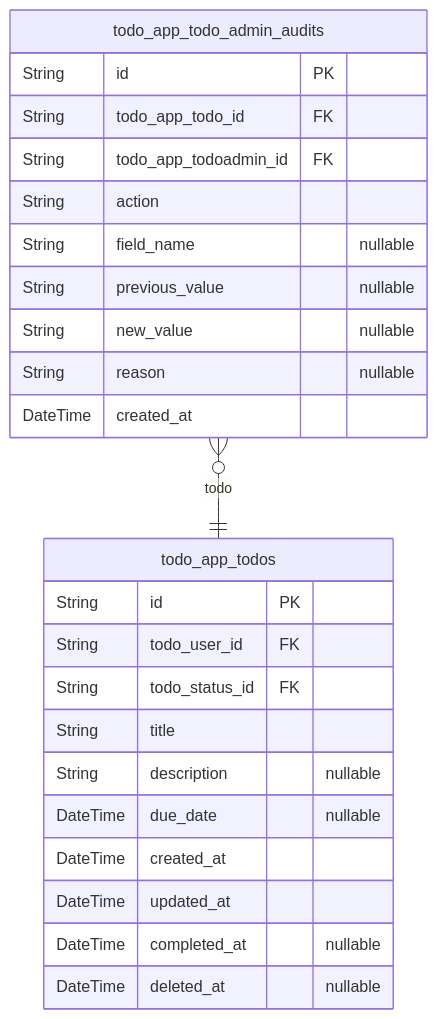
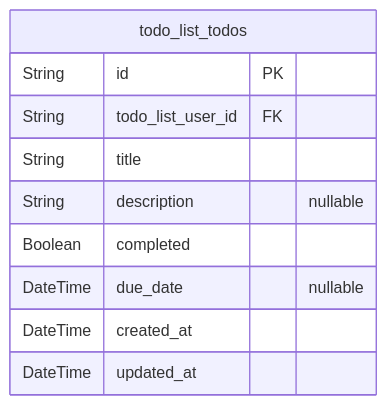
The second of 2 diagrams in openai/gpt-5.1/todo/docs/ERD.md (wrtnlabs/autobe-examples), drawn with Mermaid before and after one commit. The commit also changed other lines of this file and 3372 other files, not shown here.

````diff
--- a/openai/gpt-5.1/todo/docs/ERD.md
+++ b/openai/gpt-5.1/todo/docs/ERD.md
@@ -391,27 +85,13 @@
 ```mermaid
 erDiagram
-"todo_app_todos" {
+"todo_list_todos" {
   String id PK
-  String todo_user_id FK
-  String todo_status_id FK
+  String todo_list_user_id FK
   String title
   String description "nullable"
+  Boolean completed
   DateTime due_date "nullable"
   DateTime created_at
   DateTime updated_at
-  DateTime completed_at "nullable"
-  DateTime deleted_at "nullable"
 }
-"todo_app_todo_admin_audits" {
-  String id PK
-  String todo_app_todo_id FK
-  String todo_app_todoadmin_id FK
-  String action
-  String field_name "nullable"
-  String previous_value "nullable"
-  String new_value "nullable"
-  String reason "nullable"
-  DateTime created_at
-}
-"todo_app_todo_admin_audits" }o--|| "todo_app_todos" : todo
 ```
````
